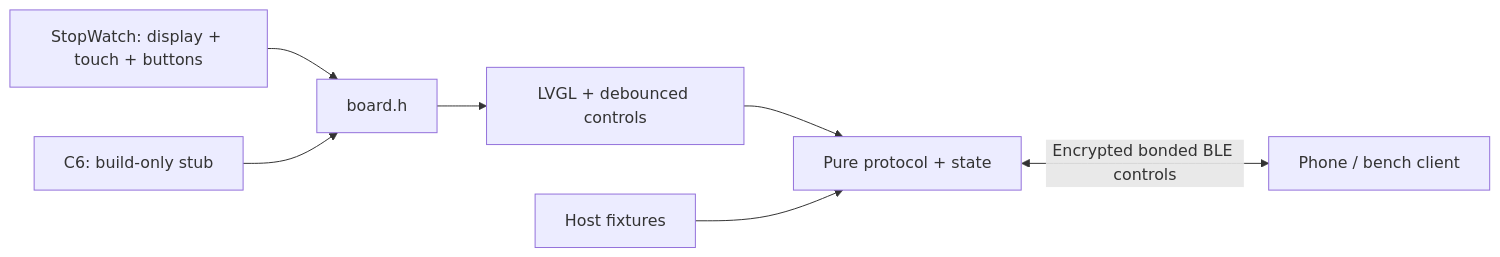
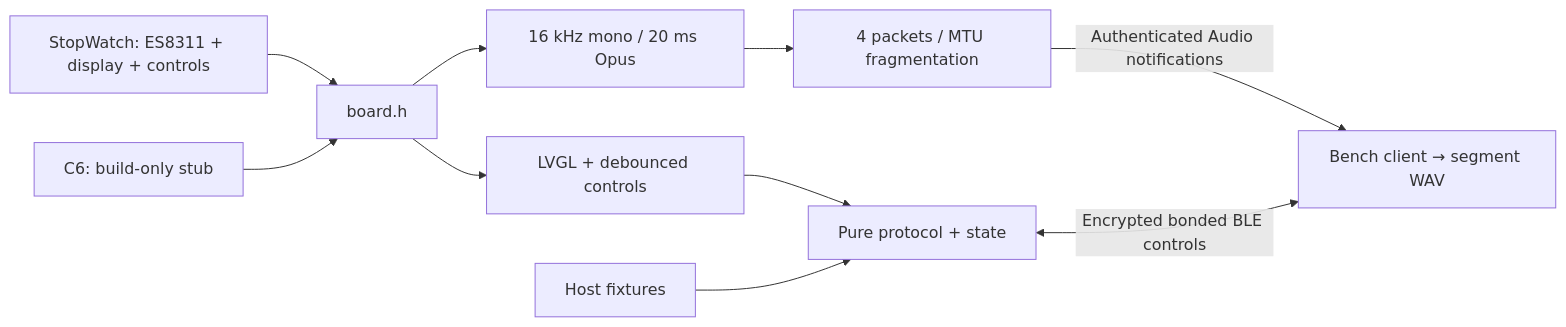
The diagram in FW/README.md (Harwasch/voiceremote), drawn with Mermaid before and after one commit. The commit also changed other lines of this file and 47 other files, not shown here.

First line of the commit message:
FW: stream Opus mic audio over BLE and save it in the test client

````diff
--- a/FW/README.md
+++ b/FW/README.md
@@ -3,9 +3,12 @@
 ```mermaid
 flowchart LR
-    M5[StopWatch: display + touch + buttons] --> Board[board.h]
+    M5[StopWatch: ES8311 + display + controls] --> Board[board.h]
     C6[C6: build-only stub] --> Board
     Board --> UI[LVGL + debounced controls]
     UI --> State[Pure protocol + state]
-    State <-->|Encrypted bonded BLE controls| Phone[Phone / bench client]
+    Board --> Encoder[16 kHz mono / 20 ms Opus]
+    Encoder --> Queue[4 packets / MTU fragmentation]
+    Queue -->|Authenticated Audio notifications| Phone[Bench client → segment WAV]
+    State <-->|Encrypted bonded BLE controls| Phone
     Tests[Host fixtures] --> State
 ```
````
